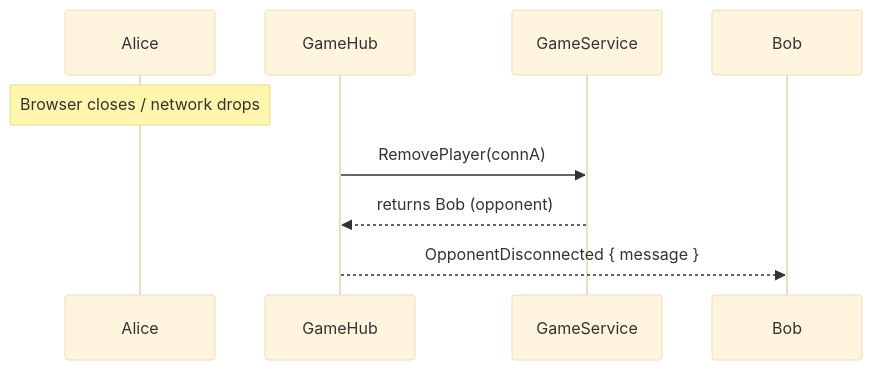
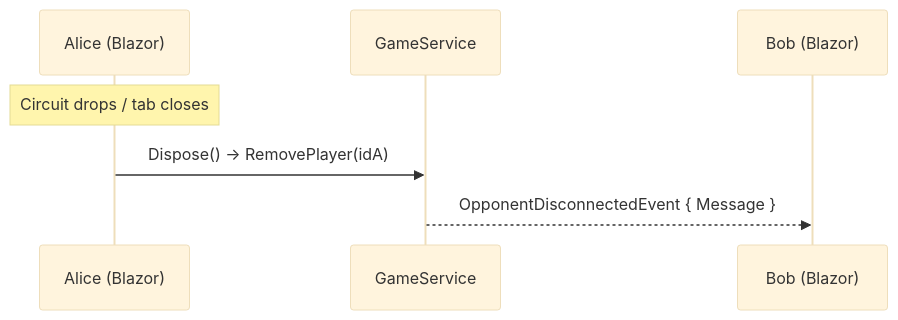
Before and after one commit to dmitriylogunov/dotnet-ttt: the second of 3 diagrams in architecture.md, drawn with Mermaid (base theme). The commit also changed other lines of this file and 12 other files, not shown here.

Commit message:
Refactor plain html page and SignalR hub into a Blazor Server

````diff
--- a/architecture.md
+++ b/architecture.md
@@ -163,12 +189,10 @@
 ```mermaid
 sequenceDiagram
-    participant A as Alice
-    participant H as GameHub
+    participant A as Alice (Blazor)
     participant S as GameService
-    participant B as Bob
+    participant B as Bob (Blazor)
 
-    Note over A: Browser closes / network drops
-    H->>S: RemovePlayer(connA)
-    S-->>H: returns Bob (opponent)
-    H-->>B: OpponentDisconnected { message }
+    Note over A: Circuit drops / tab closes
+    A->>S: Dispose() → RemovePlayer(idA)
+    S-->>B: OpponentDisconnectedEvent { Message }
 ```
````
